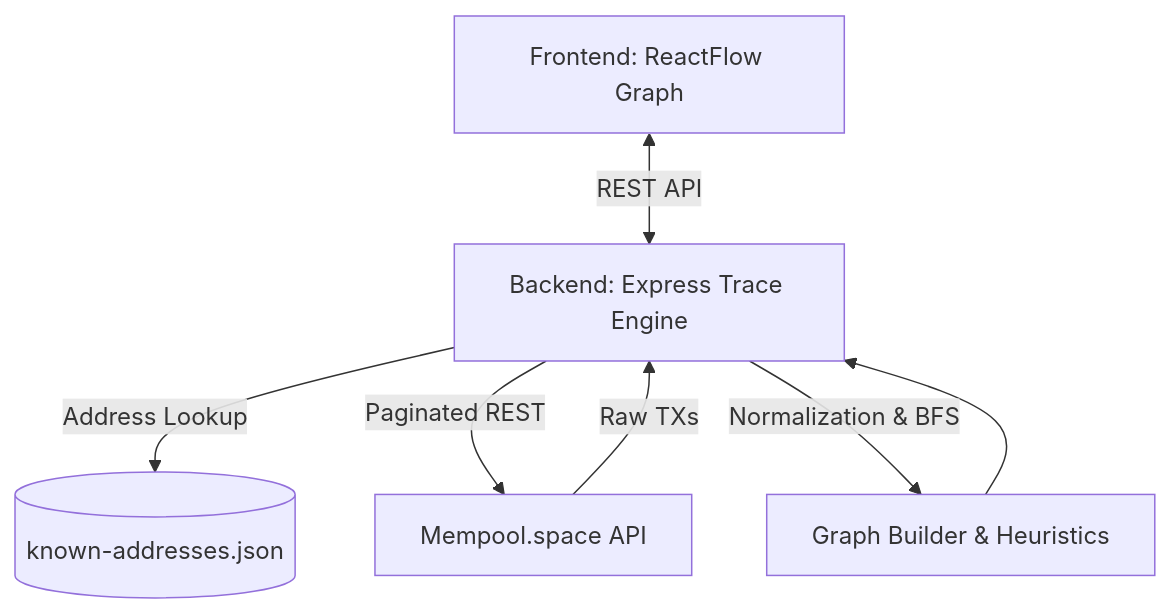
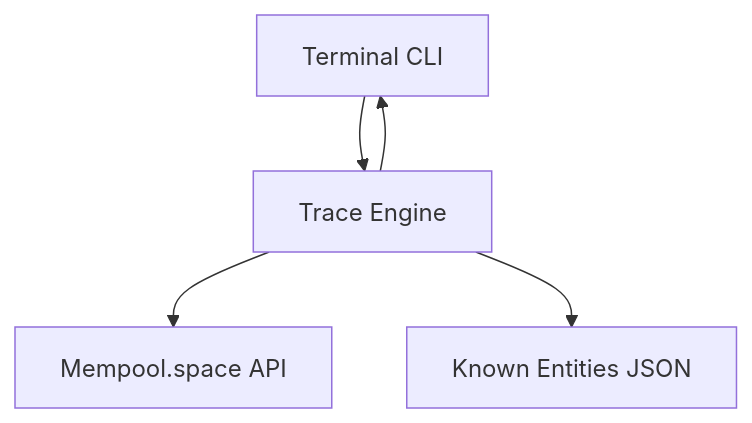
One commit to ShivrajB17/Crypto_Transaction_Tracker-Terminal-Application- changed the diagram in README.md. Above: the diagram before and after it, drawn with Mermaid. The commit also changed other lines of this file, not shown here.

Commit message:
docs: finalize pure CLI documentation

````diff
--- a/README.md
+++ b/README.md
@@ -27,9 +21,7 @@
 ```mermaid
 graph TD
-    UI[Frontend: ReactFlow Graph] <--> |REST API| API[Backend: Express Trace Engine]
-    API --> |Address Lookup| KA[(known-addresses.json)]
-    API --> |Paginated REST| Mempool[Mempool.space API]
-    Mempool --> |Raw TXs| API
-    API --> |Normalization & BFS| Builder[Graph Builder & Heuristics]
-    Builder --> API
+    CLI[Terminal CLI] --> Engine[Trace Engine]
+    Engine --> API[Mempool.space API]
+    Engine --> Cache[Known Entities JSON]
+    Engine --> CLI
 ```
````
